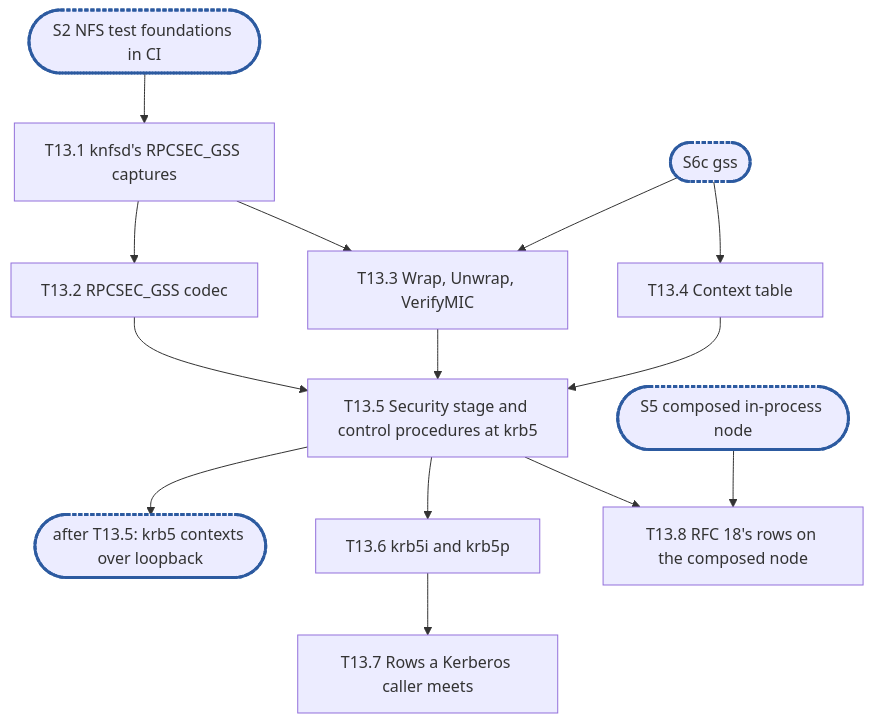
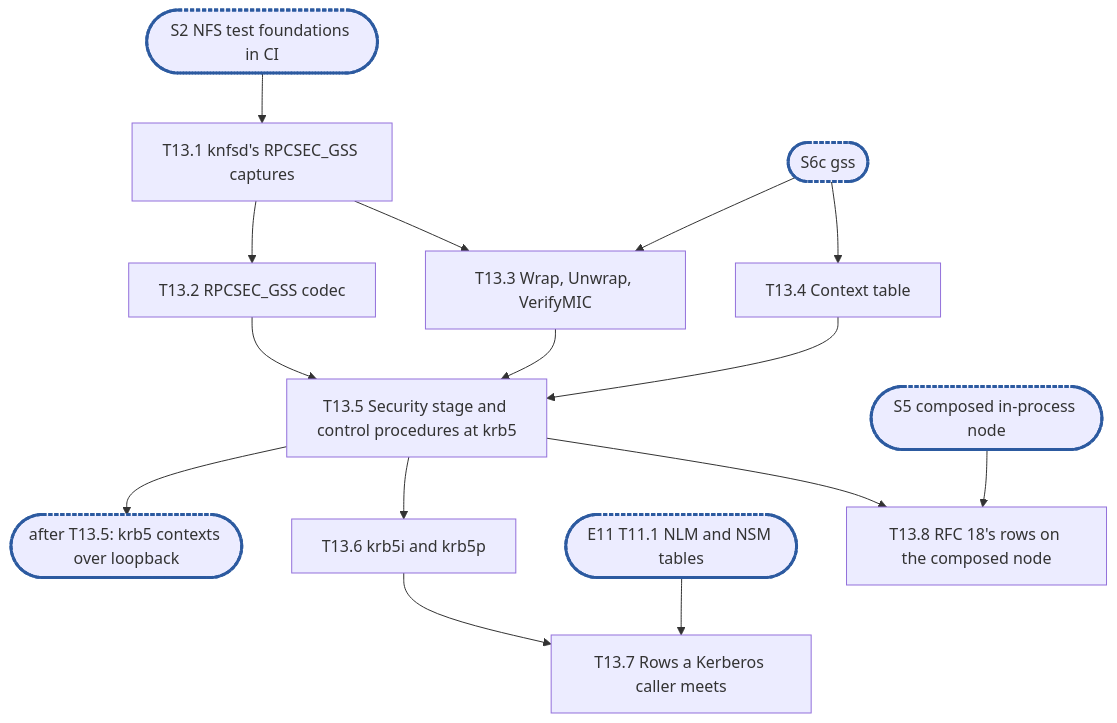
One commit to cubbit/dittofs changed the diagram in .planning/rfc-21-nfs-epic13.md. Above: the diagram before and after it, drawn with Mermaid. The commit also changed other lines of this file, not shown here.

````diff
--- a/.planning/rfc-21-nfs-epic13.md
+++ b/.planning/rfc-21-nfs-epic13.md
@@ -641,15 +643,16 @@
 ```mermaid
 flowchart TD
   S2(["S2 NFS test foundations in CI"]):::sync --> T13_1["T13.1 knfsd's RPCSEC_GSS captures"]
   T13_1 --> T13_2["T13.2 RPCSEC_GSS codec"]
   S6c(["S6c gss"]):::sync --> T13_3["T13.3 Wrap, Unwrap, VerifyMIC"]
   T13_1 --> T13_3
   S6c --> T13_4["T13.4 Context table"]
   T13_2 & T13_3 & T13_4 --> T13_5["T13.5 Security stage and control procedures at krb5"]
   T13_5 --> C1(["after T13.5: krb5 contexts over loopback"]):::sync
   T13_5 --> T13_6["T13.6 krb5i and krb5p"]
   T13_6 --> T13_7["T13.7 Rows a Kerberos caller meets"]
+  E11(["E11 T11.1 NLM and NSM tables"]):::sync --> T13_7
   T13_5 --> T13_8["T13.8 RFC 18's rows on the composed node"]
   S5(["S5 composed in-process node"]):::sync --> T13_8
   classDef sync stroke:#2c5aa0,stroke-width:3px,stroke-dasharray:4 2
 ```
````
